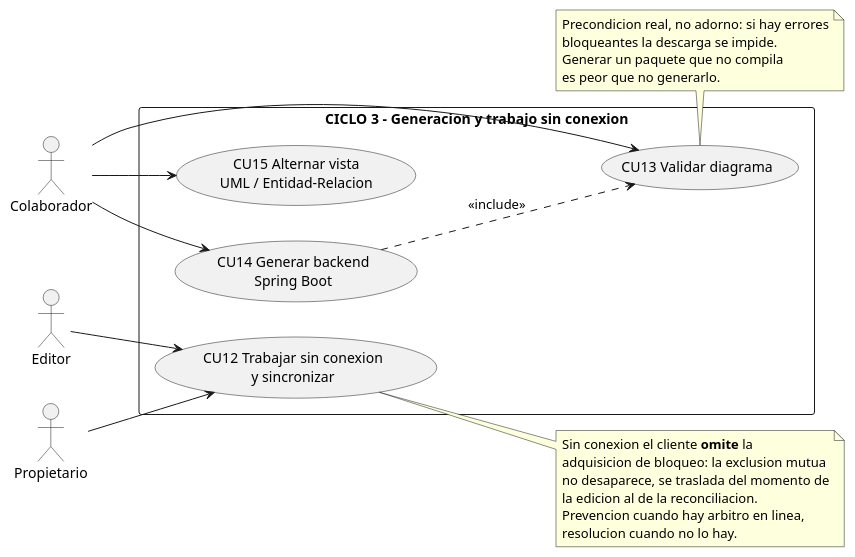
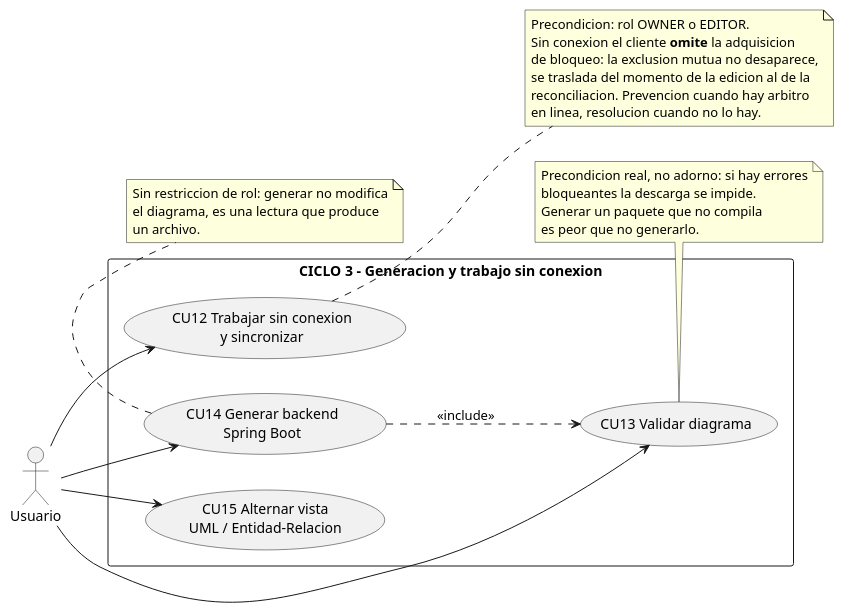
Before and after one commit to daniel-ol5/diagramacolaborativo: the diagram in docs/puds/diagramas/casos-de-uso-ciclo3.puml, drawn with PlantUML. The commit also changed 7 other files, not shown here.

```diff
--- a/docs/puds/diagramas/casos-de-uso-ciclo3.puml
+++ b/docs/puds/diagramas/casos-de-uso-ciclo3.puml
@@ -1,39 +1,42 @@
 @startuml casos-de-uso-ciclo3
 ' CICLO 3 - Generacion de codigo y trabajo sin conexion
 left to right direction
 
-actor "Colaborador" as C
-actor "Editor" as ED
-actor "Propietario" as OW
+actor "Usuario" as U
 
 rectangle "CICLO 3 - Generacion y trabajo sin conexion" {
   usecase "CU12 Trabajar sin conexion\ny sincronizar" as CU12
   usecase "CU13 Validar diagrama" as CU13
   usecase "CU14 Generar backend\nSpring Boot" as CU14
   usecase "CU15 Alternar vista\nUML / Entidad-Relacion" as CU15
 }
 
-ED --> CU12
-OW --> CU12
-C --> CU13
-C --> CU14
-C --> CU15
+U --> CU12
+U --> CU13
+U --> CU14
+U --> CU15
 
 CU14 ..> CU13 : <<include>>
 
 note bottom of CU13
   Precondicion real, no adorno: si hay errores
   bloqueantes la descarga se impide.
   Generar un paquete que no compila
   es peor que no generarlo.
 end note
 
 note right of CU12
-  Sin conexion el cliente **omite** la
-  adquisicion de bloqueo: la exclusion mutua
-  no desaparece, se traslada del momento de
-  la edicion al de la reconciliacion.
-  Prevencion cuando hay arbitro en linea,
-  resolucion cuando no lo hay.
+  Precondicion: rol OWNER o EDITOR.
+  Sin conexion el cliente **omite** la adquisicion
+  de bloqueo: la exclusion mutua no desaparece,
+  se traslada del momento de la edicion al de la
+  reconciliacion. Prevencion cuando hay arbitro
+  en linea, resolucion cuando no lo hay.
+end note
+
+note bottom of CU14
+  Sin restriccion de rol: generar no modifica
+  el diagrama, es una lectura que produce
+  un archivo.
 end note
 @enduml
```
